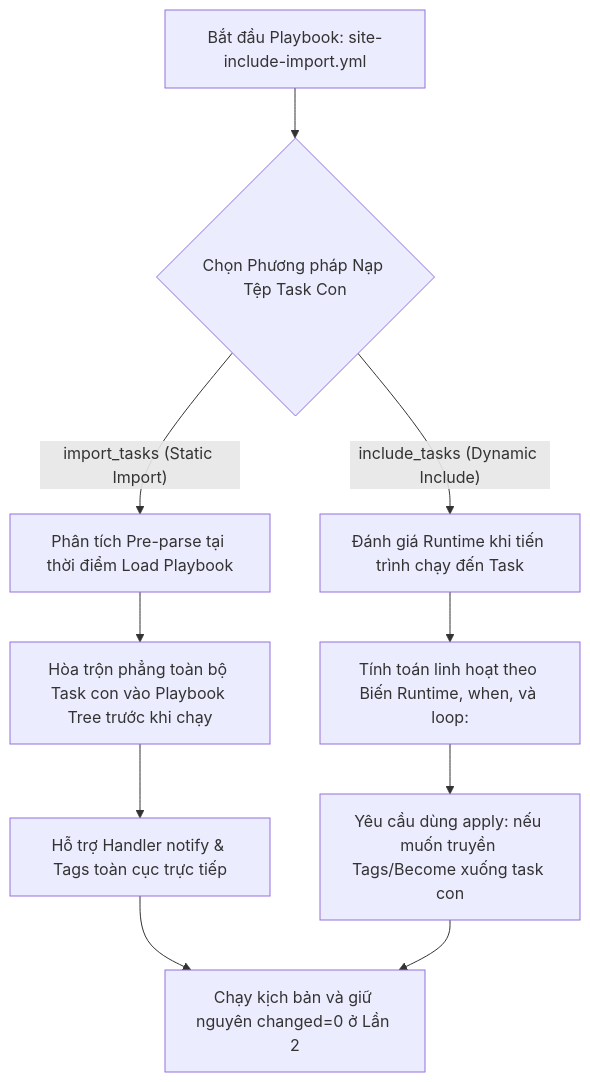
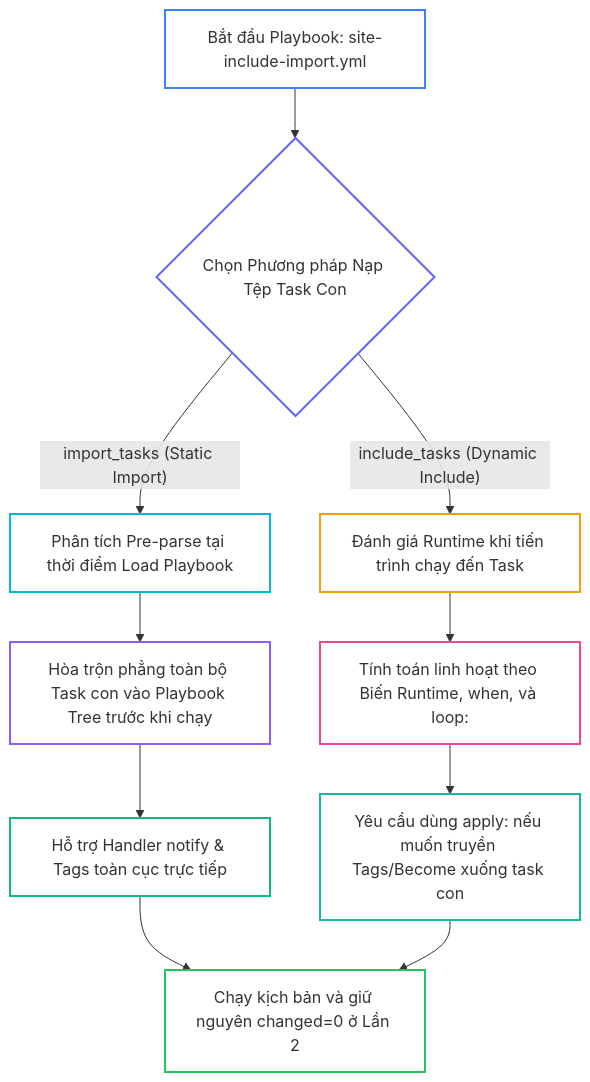
Before and after one commit to kiennt308/ntk: the first of 3 diagrams in _posts/2026-09-13-ansible-18-18-include-import.md, drawn with Mermaid. The commit also changed other lines of this file and 30 other files, not shown here.

````diff
--- a/_posts/2026-09-13-ansible-18-18-include-import.md
+++ b/_posts/2026-09-13-ansible-18-18-include-import.md
@@ -82,15 +82,25 @@
 ```mermaid
 graph TD
     A["Bắt đầu Playbook: site-include-import.yml"] --> B{"Chọn Phương pháp Nạp Tệp Task Con"}
     
-    B -- "import_tasks (Static Import)" --> C["Phân tích Pre-parse tại thời điểm Load Playbook"]
+    B -->|"import_tasks (Static Import)"| C["Phân tích Pre-parse tại thời điểm Load Playbook"]
     C --> D["Hòa trộn phẳng toàn bộ Task con vào Playbook Tree trước khi chạy"]
     D --> E["Hỗ trợ Handler notify & Tags toàn cục trực tiếp"]
     
-    B -- "include_tasks (Dynamic Include)" --> F["Đánh giá Runtime khi tiến trình chạy đến Task"]
+    B -->|"include_tasks (Dynamic Include)"| F["Đánh giá Runtime khi tiến trình chạy đến Task"]
     F --> G["Tính toán linh hoạt theo Biến Runtime, when, và loop:"]
     G --> H["Yêu cầu dùng apply: nếu muốn truyền Tags/Become xuống task con"]
     
     E --> I["Chạy kịch bản và giữ nguyên changed=0 ở Lần 2"]
     H --> I
+
+    style A fill:none,stroke:#3b82f6,stroke-width:2px
+    style B fill:none,stroke:#6366f1,stroke-width:2px
+    style C fill:none,stroke:#06b6d4,stroke-width:2px
+    style D fill:none,stroke:#8b5cf6,stroke-width:2px
+    style E fill:none,stroke:#10b981,stroke-width:2px
+    style F fill:none,stroke:#f59e0b,stroke-width:2px
+    style G fill:none,stroke:#ec4899,stroke-width:2px
+    style H fill:none,stroke:#14b8a6,stroke-width:2px
+    style I fill:none,stroke:#22c55e,stroke-width:2px
 ```
````
